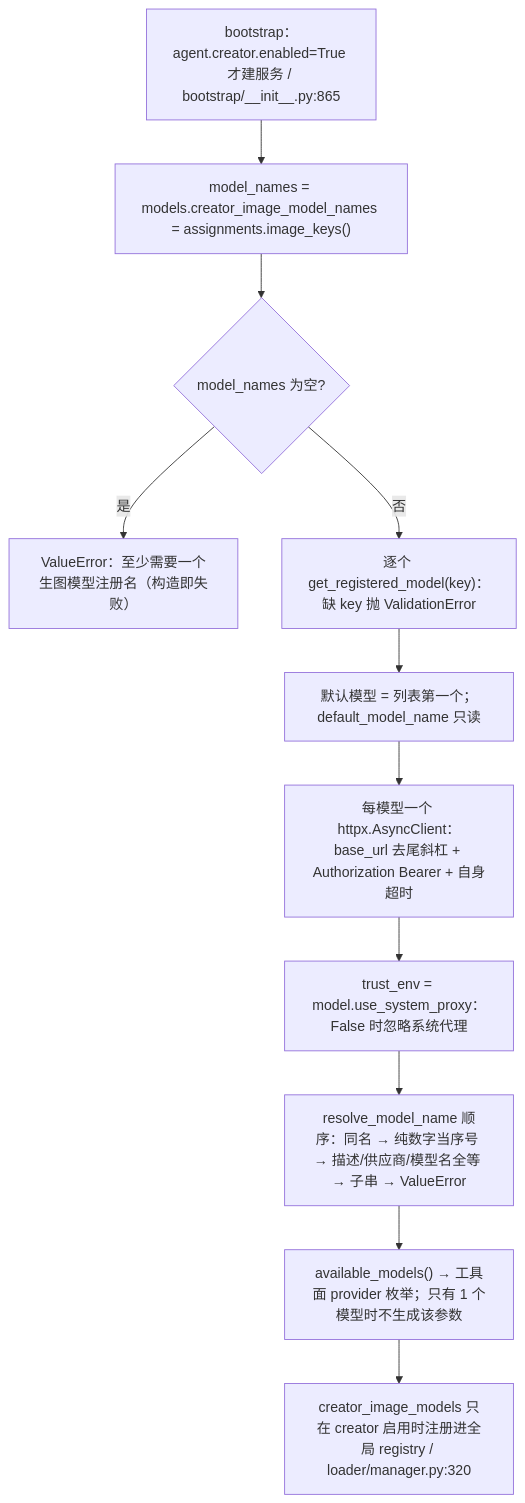
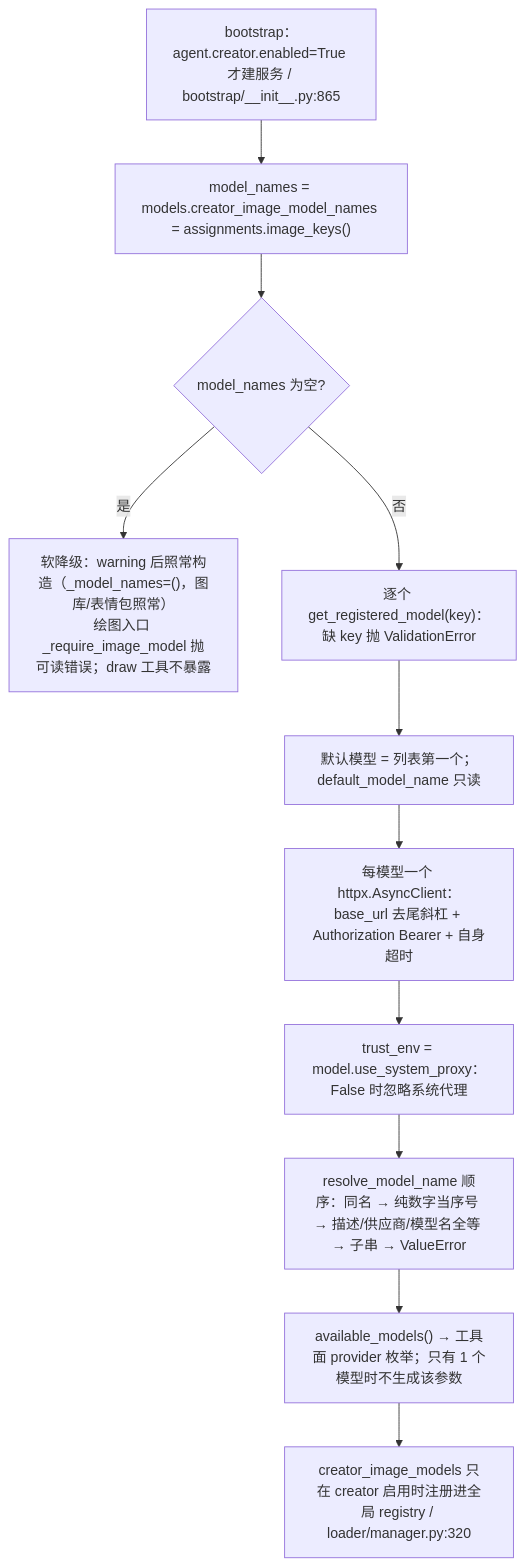
One commit to SuperQuail/NeoBot changed diagram 11 of 13 in docs/flow/15-drawing.md. Above: the diagram before and after it, drawn with Mermaid. The commit also changed other lines of this file and 14 other files, not shown here.

First line of the commit message:
chore(release): 发布 1.2.4-a3（修复无生图模型时启动崩溃） (#83)

````diff
--- a/docs/flow/15-drawing.md
+++ b/docs/flow/15-drawing.md
@@ -341,13 +341,13 @@
 ```mermaid
 flowchart TD
     A["bootstrap：agent.creator.enabled=True 才建服务 / bootstrap/__init__.py:865"] --> B["model_names = models.creator_image_model_names = assignments.image_keys()"]
     B --> C{"model_names 为空?"}
-    C -- 是 --> C1["ValueError：至少需要一个生图模型注册名（构造即失败）"]
+    C -- 是 --> C1["软降级：warning 后照常构造（_model_names=()，图库/表情包照常）<br/>绘图入口 _require_image_model 抛可读错误；draw 工具不暴露"]
     C -- 否 --> D["逐个 get_registered_model(key)：缺 key 抛 ValidationError"]
     D --> E["默认模型 = 列表第一个；default_model_name 只读"]
     E --> F["每模型一个 httpx.AsyncClient：base_url 去尾斜杠 + Authorization Bearer + 自身超时"]
     F --> G["trust_env = model.use_system_proxy：False 时忽略系统代理"]
     G --> H["resolve_model_name 顺序：同名 → 纯数字当序号 → 描述/供应商/模型名全等 → 子串 → ValueError"]
     H --> I["available_models() → 工具面 provider 枚举；只有 1 个模型时不生成该参数"]
     I --> J["creator_image_models 只在 creator 启用时注册进全局 registry / loader/manager.py:320"]
 ```
````
